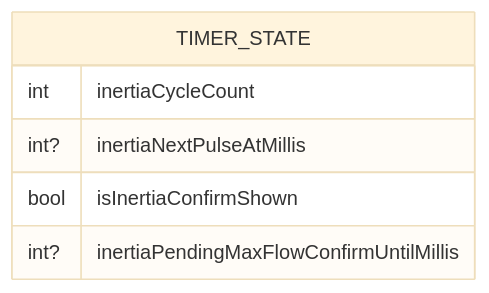
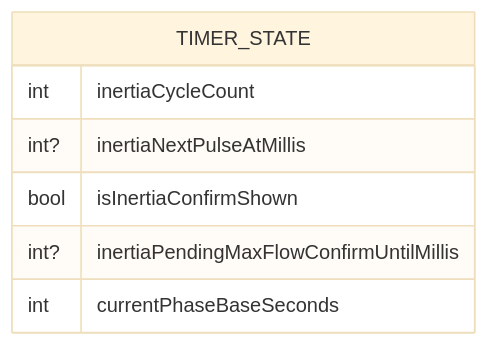
One commit to kirprong/bypass-1236 changed the third of 3 diagrams in TECH_SPEC.md. Above: the diagram before and after it, drawn with Mermaid (base theme). The commit also changed other lines of this file and 3 other files, not shown here.

````diff
--- a/TECH_SPEC.md
+++ b/TECH_SPEC.md
@@ -393,9 +408,10 @@
 ```mermaid
 erDiagram
     TIMER_STATE {
         int inertiaCycleCount
         int? inertiaNextPulseAtMillis
         bool isInertiaConfirmShown
         int? inertiaPendingMaxFlowConfirmUntilMillis
+        int currentPhaseBaseSeconds
     }
 ```
````
